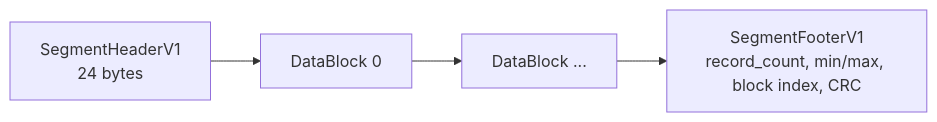
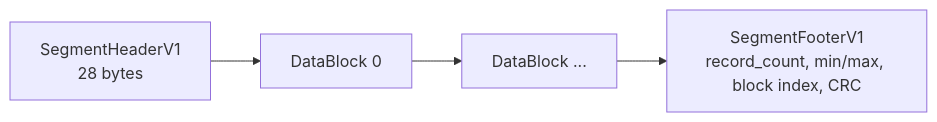
The third of 7 diagrams in crates/segment-cache-store/docs/design.md (wangl-cc/evo-ssa-tools), drawn with Mermaid before and after one commit. The commit also changed other lines of this file and 27 other files, not shown here.

````diff
--- a/crates/segment-cache-store/docs/design.md
+++ b/crates/segment-cache-store/docs/design.md
@@ -265,6 +265,6 @@
 ```mermaid
 flowchart LR
-  Header["SegmentHeaderV1<br/>24 bytes"] --> Block0["DataBlock 0"]
+  Header["SegmentHeaderV1<br/>28 bytes"] --> Block0["DataBlock 0"]
   Block0 --> BlockN["DataBlock ..."]
   BlockN --> Footer["SegmentFooterV1<br/>record_count, min/max, block index, CRC"]
 ```
````
